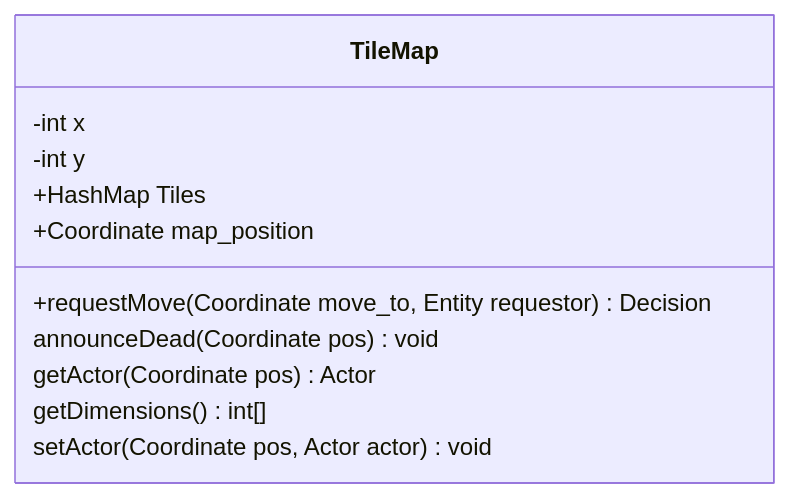
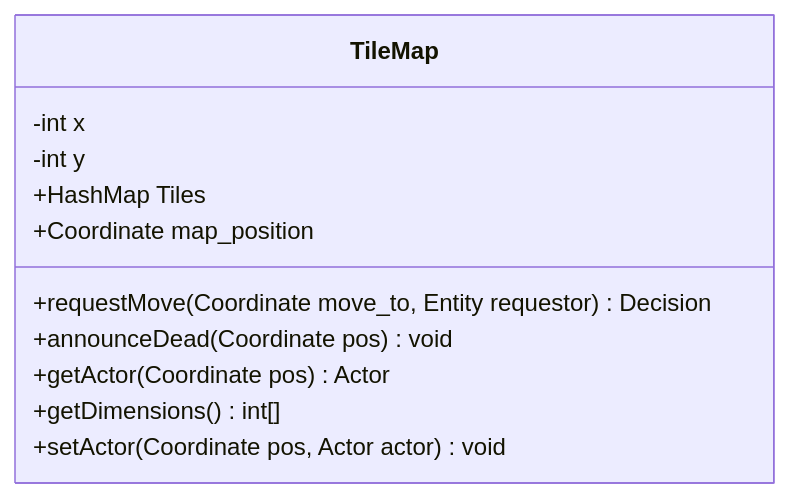
The second of 4 diagrams in README.md (arcaniussainey/CS161-2023-DungeonCrawler), drawn with Mermaid before and after one commit.

````diff
--- a/README.md
+++ b/README.md
@@ -367,13 +367,13 @@
 ```mermaid
 classDiagram 
 	class TileMap
 	TileMap: -int x
 	TileMap: -int y
 	TileMap: +HashMap Tiles
 	TileMap: +Coordinate map_position
 	TileMap: +requestMove(Coordinate move_to, Entity requestor) Decision
-	TileMap: announceDead(Coordinate pos) void
-	TileMap: getActor(Coordinate pos) Actor
-	TileMap: getDimensions() int[]
-	TileMap: setActor(Coordinate pos, Actor actor) void
+	TileMap: +announceDead(Coordinate pos) void
+	TileMap: +getActor(Coordinate pos) Actor
+	TileMap: +getDimensions() int[]
+	TileMap: +setActor(Coordinate pos, Actor actor) void
 ```
````
